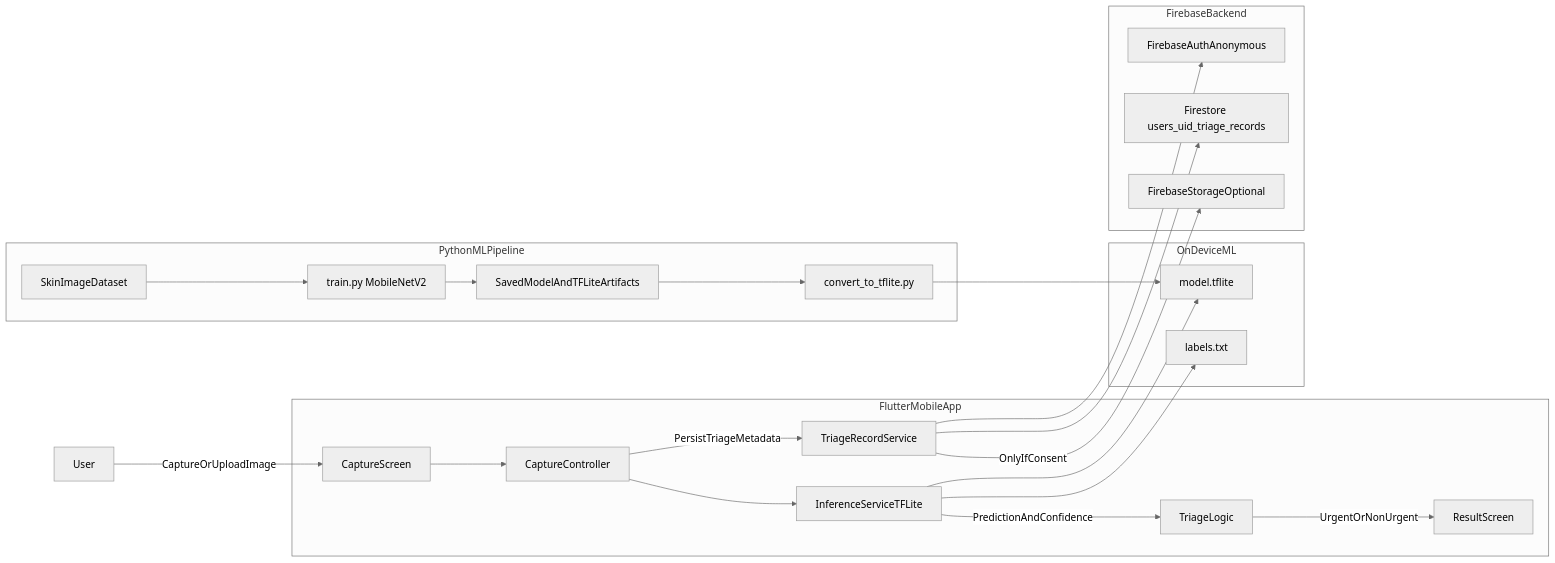
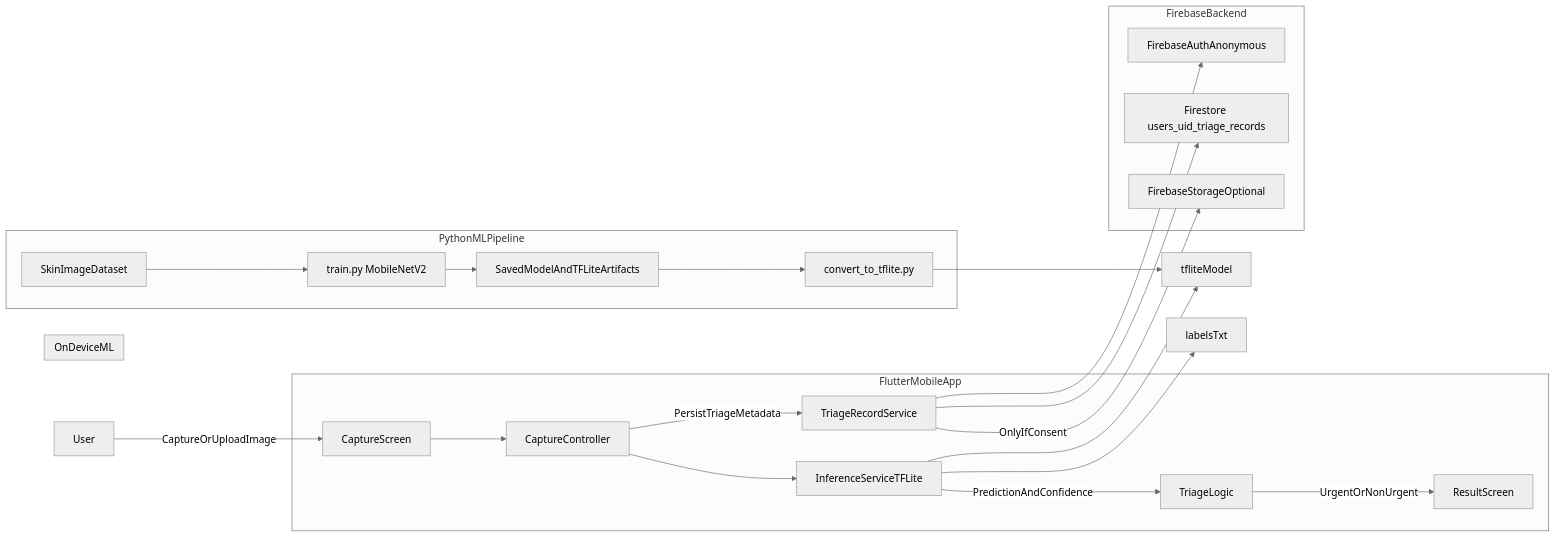
Before and after one commit to kashishgupta2911/SkinBuddy: the diagram in docs/06_system_architecture_diagram.md, drawn with Mermaid (neutral theme). The commit also changed 10 other files, not shown here.

````diff
--- a/docs/06_system_architecture_diagram.md
+++ b/docs/06_system_architecture_diagram.md
@@ -3,46 +3,44 @@
 ```mermaid
 flowchart LR
   subgraph mobileApp [FlutterMobileApp]
     captureUI[CaptureScreen]
     captureController[CaptureController]
     inferenceService[InferenceServiceTFLite]
     triageLogic[TriageLogic]
     resultUI[ResultScreen]
     recordService[TriageRecordService]
   end
 
   subgraph onDeviceML [OnDeviceML]
-    tfliteModel["model.tflite"]
-    labelsTxt["labels.txt"]
   end
 
   subgraph firebaseBackend [FirebaseBackend]
     auth[FirebaseAuthAnonymous]
     firestore["Firestore users_uid_triage_records"]
     storage[FirebaseStorageOptional]
   end
 
   subgraph mlPipeline [PythonMLPipeline]
     dataset[SkinImageDataset]
     trainer["train.py MobileNetV2"]
     converter["convert_to_tflite.py"]
     artifacts[SavedModelAndTFLiteArtifacts]
   end
 
   user[User] -->|CaptureOrUploadImage| captureUI
   captureUI --> captureController
   captureController --> inferenceService
   inferenceService --> tfliteModel
   inferenceService --> labelsTxt
   inferenceService -->|PredictionAndConfidence| triageLogic
   triageLogic -->|UrgentOrNonUrgent| resultUI
   captureController -->|PersistTriageMetadata| recordService
   recordService --> auth
   recordService --> firestore
   recordService -->|OnlyIfConsent| storage
 
   dataset --> trainer
   trainer --> artifacts
   artifacts --> converter
   converter --> tfliteModel
 ```
````
